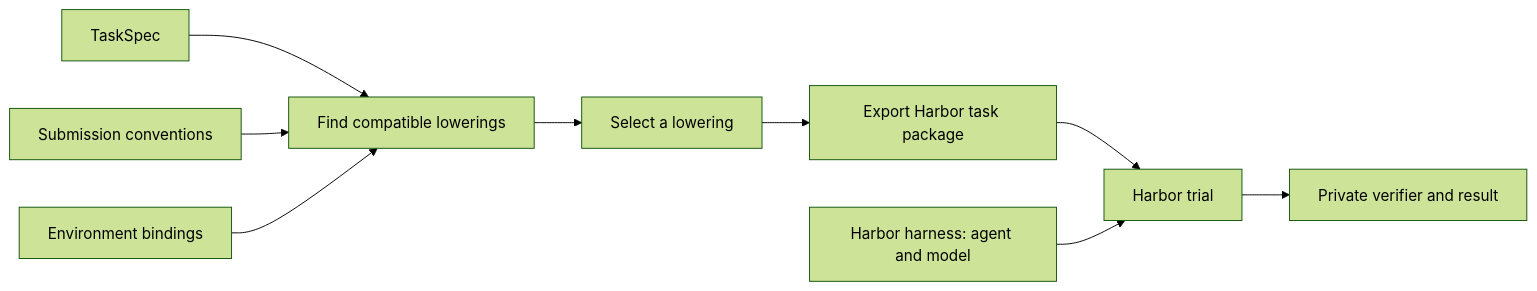
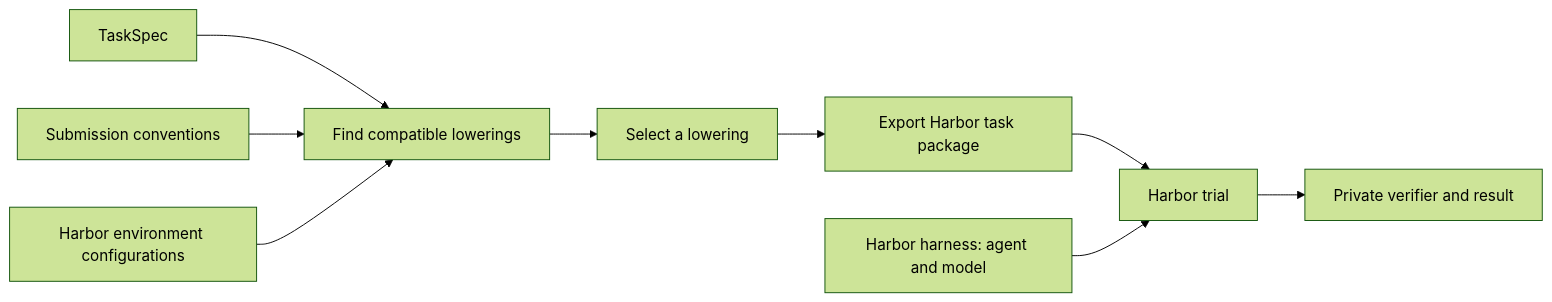
The diagram in lib/taskcompendium/README.md (marin-community/marin), drawn with Mermaid (forest theme) before and after one commit. The commit also changed other lines of this file and 3 other files, not shown here.

Commit message:
[taskcompendium] Name Harbor environment configuration

````diff
--- a/lib/taskcompendium/README.md
+++ b/lib/taskcompendium/README.md
@@ -17,11 +17,11 @@
 ```mermaid
 flowchart LR
     S[TaskSpec] --> C[Find compatible lowerings]
     V[Submission conventions] --> C
-    E[Environment bindings] --> C
+    E[Harbor environment configurations] --> C
     C --> P[Select a lowering]
     P --> H[Export Harbor task package]
     H --> T[Harbor trial]
     L[Harbor harness: agent and model] --> T
     T --> G[Private verifier and result]
 ```
````
